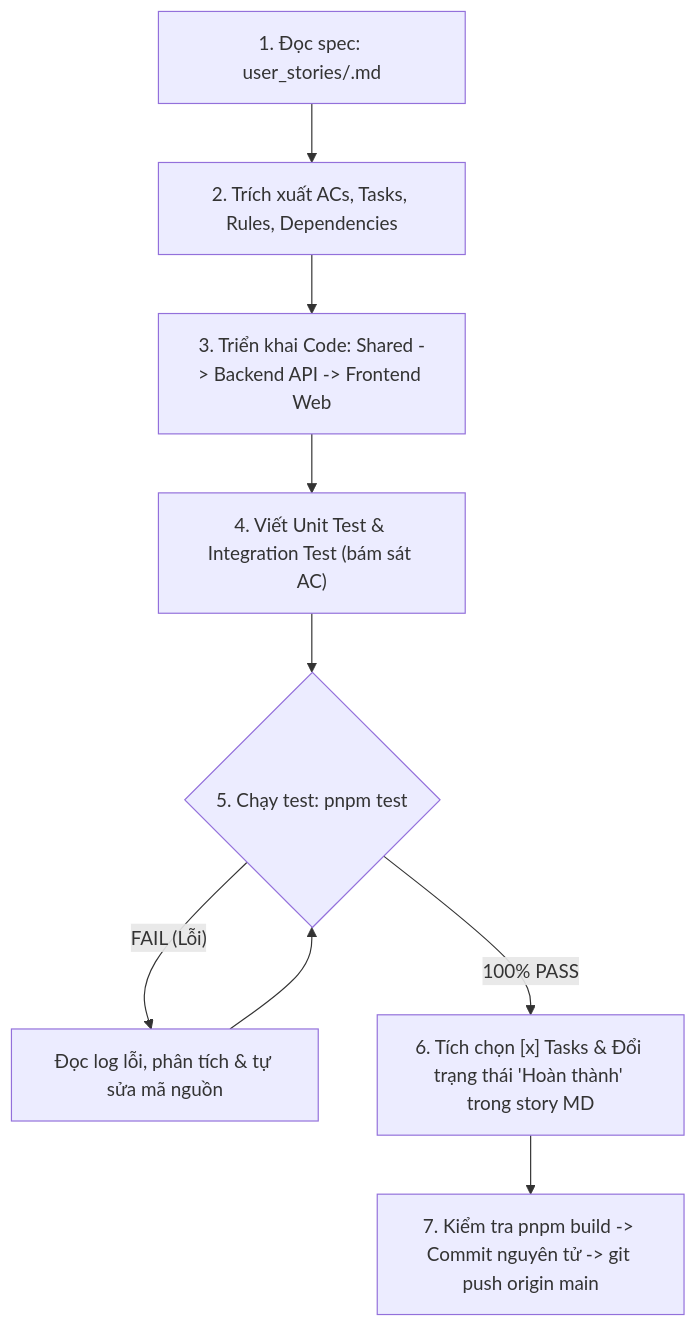
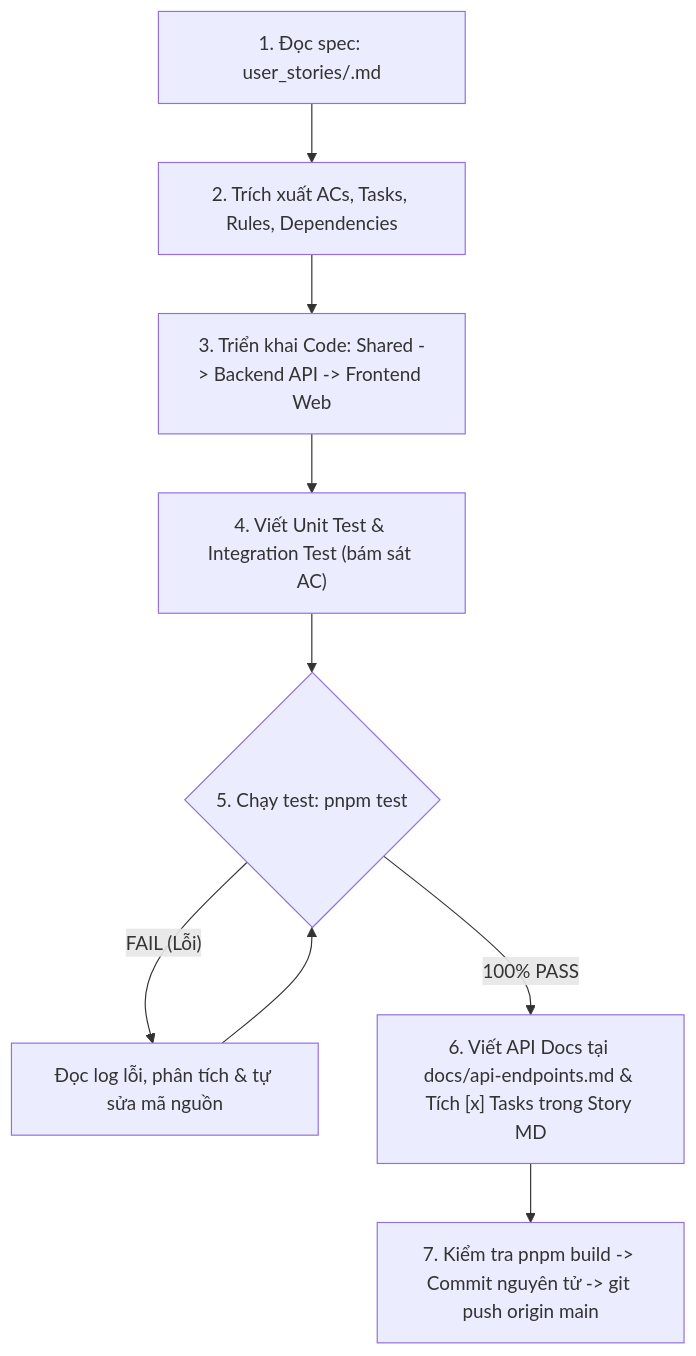
One commit to hienvanla5/dia_chinh_so changed the diagram in AGENTS.md. Above: the diagram before and after it, drawn with Mermaid. The commit also changed other lines of this file and 2 other files, not shown here.

Commit message:
docs: enforce mandatory API documentation in docs/ for each user story in AGENTS.md and SKILLS.md

````diff
--- a/AGENTS.md
+++ b/AGENTS.md
@@ -32,11 +42,11 @@
 ```mermaid
 flowchart TD
     S1["1. Đọc spec: user_stories/<STORY_ID>.md"] --> S2["2. Trích xuất ACs, Tasks, Rules, Dependencies"]
     S2 --> S3["3. Triển khai Code: Shared -> Backend API -> Frontend Web"]
     S3 --> S4["4. Viết Unit Test & Integration Test (bám sát AC)"]
     S4 --> S5{"5. Chạy test: pnpm test"}
     S5 -- "FAIL (Lỗi)" --> S5_Fix["Đọc log lỗi, phân tích & tự sửa mã nguồn"]
     S5_Fix --> S5
-    S5 -- "100% PASS" --> S6["6. Tích chọn [x] Tasks & Đổi trạng thái 'Hoàn thành' trong story MD"]
+    S5 -- "100% PASS" --> S6["6. Viết API Docs tại docs/api-endpoints.md & Tích [x] Tasks trong Story MD"]
     S6 --> S7["7. Kiểm tra pnpm build -> Commit nguyên tử -> git push origin main"]
 ```
````
